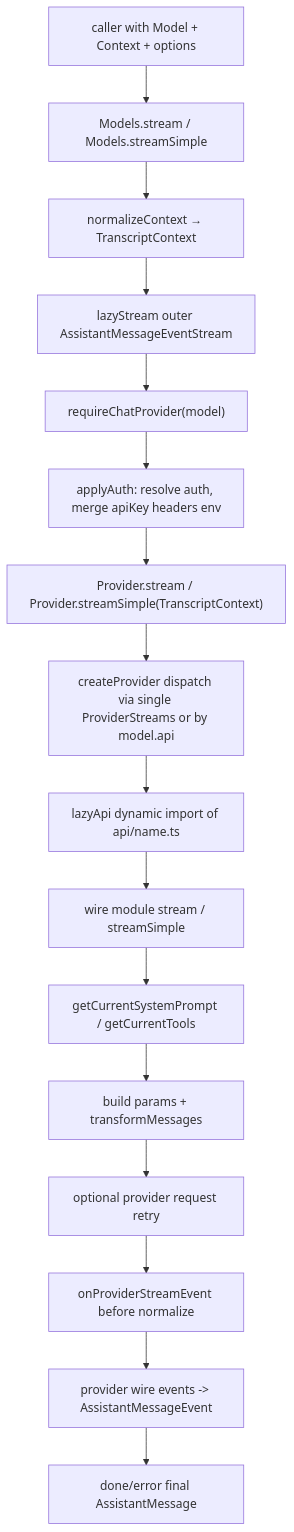
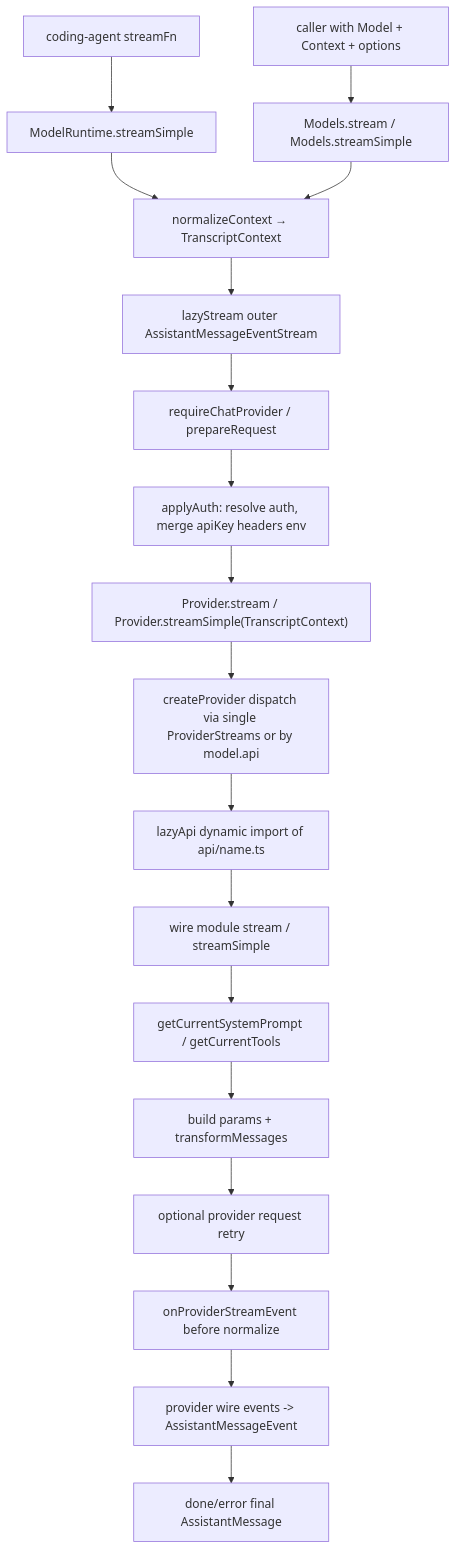
One commit to wdnmdtonyma/SOTA-Agent-LLM-Wiki changed the diagram in docs/llm-wiki/pi/spine/provider-stream.md. Above: the diagram before and after it, drawn with Mermaid. The commit also changed other lines of this file and 246 other files, not shown here.

````diff
--- a/docs/llm-wiki/pi/spine/provider-stream.md
+++ b/docs/llm-wiki/pi/spine/provider-stream.md
@@ -54,18 +57,20 @@
 ```mermaid
 flowchart TD
- Caller["caller with Model + Context + options"] --> Models["Models.stream / Models.streamSimple"]
- Models --> Norm["normalizeContext → TranscriptContext"]
- Norm --> LazyOuter["lazyStream outer AssistantMessageEventStream"]
- LazyOuter --> ProviderLookup["requireChatProvider(model)"]
- ProviderLookup --> Auth["applyAuth: resolve auth, merge apiKey headers env"]
- Auth --> Provider["Provider.stream / Provider.streamSimple(TranscriptContext)"]
- Provider --> Dispatch["createProvider dispatch via single ProviderStreams or by model.api"]
- Dispatch --> LazyApi["lazyApi dynamic import of api/name.ts"]
- LazyApi --> Wire["wire module stream / streamSimple"]
- Wire --> Tools["getCurrentSystemPrompt / getCurrentTools"]
- Tools --> Transform["build params + transformMessages"]
- Transform --> Retry["optional provider request retry"]
- Retry --> Observe["onProviderStreamEvent before normalize"]
- Observe --> Normalize["provider wire events -> AssistantMessageEvent"]
- Normalize --> Result["done/error final AssistantMessage"]
+  Caller["caller with Model + Context + options"] --> Models["Models.stream / Models.streamSimple"]
+  Product["coding-agent streamFn"] --> MR["ModelRuntime.streamSimple"]
+  MR --> Norm
+  Models --> Norm["normalizeContext → TranscriptContext"]
+  Norm --> LazyOuter["lazyStream outer AssistantMessageEventStream"]
+  LazyOuter --> ProviderLookup["requireChatProvider / prepareRequest"]
+  ProviderLookup --> Auth["applyAuth: resolve auth, merge apiKey headers env"]
+  Auth --> Provider["Provider.stream / Provider.streamSimple(TranscriptContext)"]
+  Provider --> Dispatch["createProvider dispatch via single ProviderStreams or by model.api"]
+  Dispatch --> LazyApi["lazyApi dynamic import of api/name.ts"]
+  LazyApi --> Wire["wire module stream / streamSimple"]
+  Wire --> Tools["getCurrentSystemPrompt / getCurrentTools"]
+  Tools --> Transform["build params + transformMessages"]
+  Transform --> Retry["optional provider request retry"]
+  Retry --> Observe["onProviderStreamEvent before normalize"]
+  Observe --> Normalize["provider wire events -> AssistantMessageEvent"]
+  Normalize --> Result["done/error final AssistantMessage"]
 ```
````
